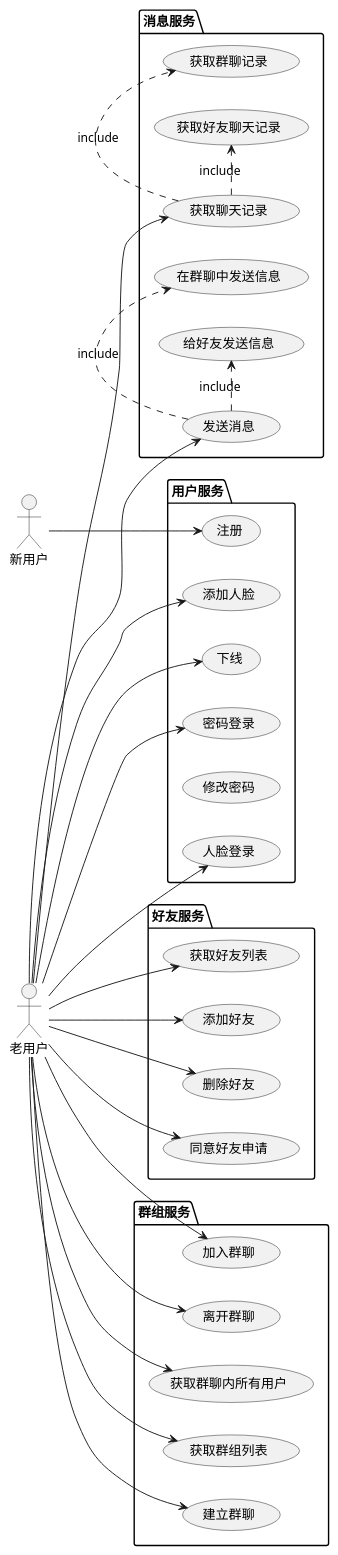
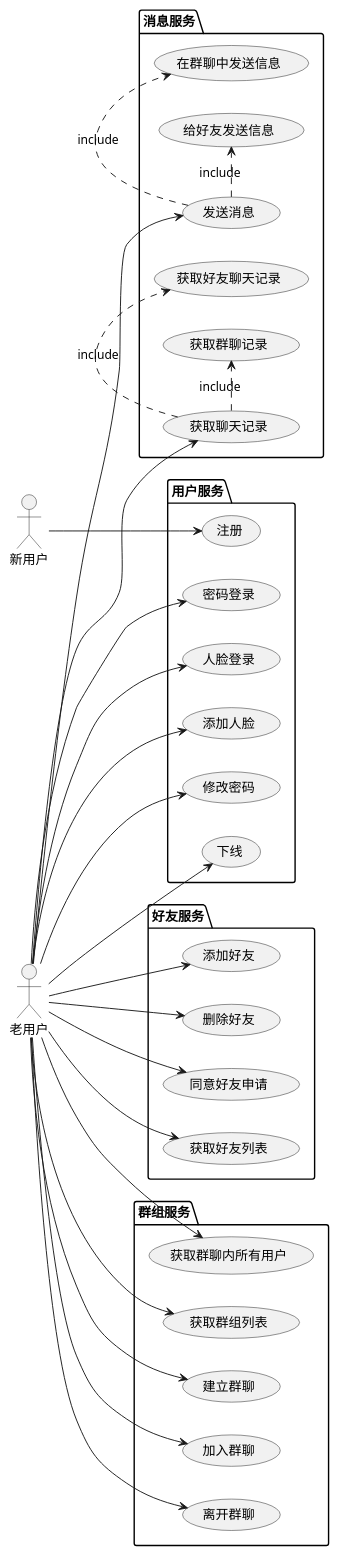
The diagram in uml/UseCaseUML.puml (Guo-Chenxu/chatroom), drawn with PlantUML before and after one commit. The commit also changed 6 other files, not shown here.

Commit message:
fix: 完善部分uml图片

```diff
--- a/uml/UseCaseUML.puml
+++ b/uml/UseCaseUML.puml
@@ -1,57 +1,58 @@
 @startuml
 left to right direction
 actor 老用户
 actor 新用户
 package 用户服务{
      usecase "注册"
      usecase "密码登录"
      usecase "人脸登录"
      usecase "添加人脸"
      usecase "修改密码"
      usecase "下线"
 }
 package 好友服务{
      usecase "获取好友列表"
      usecase "添加好友"
      usecase "删除好友"
      usecase "同意好友申请"
 }
 package 消息服务{
      usecase "获取聊天记录"
      usecase "发送消息"
     "获取聊天记录" .> (获取群聊记录) : include
     "获取聊天记录" .> (获取好友聊天记录) : include
     "发送消息".> (在群聊中发送信息) : include
     "发送消息".> (给好友发送信息) : include
 }
 package 群组服务{
      usecase "获取群组列表"
      usecase "建立群聊"
      usecase "加入群聊"
      usecase "离开群聊"
      usecase "获取群聊内所有用户"
 }
 
 新用户 --> "注册"
 
 老用户 --> "密码登录"
 老用户 --> "人脸登录"
+老用户 --> "修改密码"
 老用户 --> "添加人脸"
 老用户 --> "下线"
 
 老用户 --> "获取好友列表"
 老用户 --> "添加好友"
 老用户 --> "删除好友"
 老用户 --> "同意好友申请"
 
 老用户 --> "获取聊天记录"
 老用户 --> "发送消息"
 
 老用户 --> "获取群组列表"
 老用户 --> "建立群聊"
 老用户 --> "加入群聊"
 老用户 --> "离开群聊"
 老用户 --> "获取群聊内所有用户"
 
 
 @enduml
```
